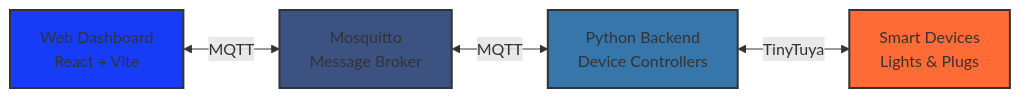
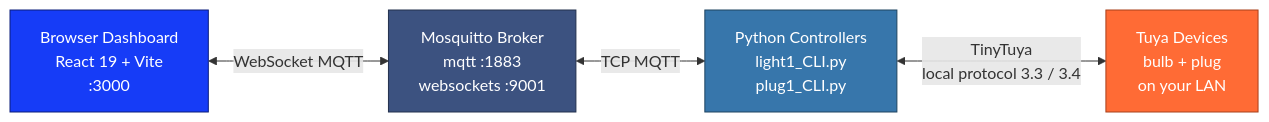
One commit to NicGroenewald/PI-IOT changed the diagram in README.md. Above: the diagram before and after it, drawn with Mermaid. The commit also changed other lines of this file, not shown here.

First line of the commit message:
docs: rewrite README as a complete setup and architecture guide

````diff
--- a/README.md
+++ b/README.md
@@ -74,11 +42,16 @@
 ```mermaid
 graph LR
-    A[Web Dashboard<br/>React + Vite] <-->|MQTT| B[Mosquitto<br/>Message Broker]
-    B <-->|MQTT| C[Python Backend<br/>Device Controllers]
-    C <-->|TinyTuya| D[Smart Devices<br/>Lights & Plugs]
-    
-    style A fill:#163cf7,stroke:#333,stroke-width:2px
-    style B fill:#3c5280,stroke:#333,stroke-width:2px
-    style C fill:#3776ab,stroke:#333,stroke-width:2px
-    style D fill:#ff6b35,stroke:#333,stroke-width:2px
+    A["Browser Dashboard<br/>React 19 + Vite<br/>:3000"]
+    B["Mosquitto Broker<br/>mqtt :1883<br/>websockets :9001"]
+    C["Python Controllers<br/>light1_CLI.py<br/>plug1_CLI.py"]
+    D["Tuya Devices<br/>bulb + plug<br/>on your LAN"]
+
+    A <-->|"WebSocket MQTT"| B
+    B <-->|"TCP MQTT"| C
+    C <-->|"TinyTuya<br/>local protocol 3.3 / 3.4"| D
+
+    style A fill:#163cf7,stroke:#0b1d7a,color:#fff
+    style B fill:#3c5280,stroke:#22304d,color:#fff
+    style C fill:#3776ab,stroke:#1f4460,color:#fff
+    style D fill:#ff6b35,stroke:#a8401b,color:#fff
 ```
````
